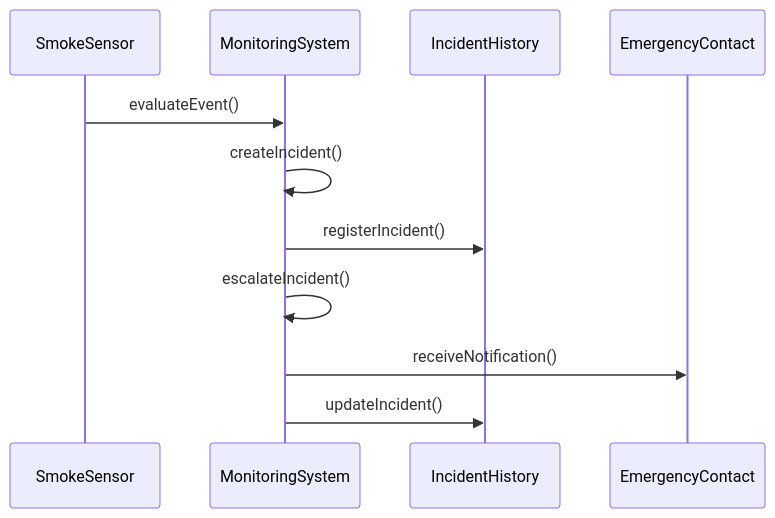
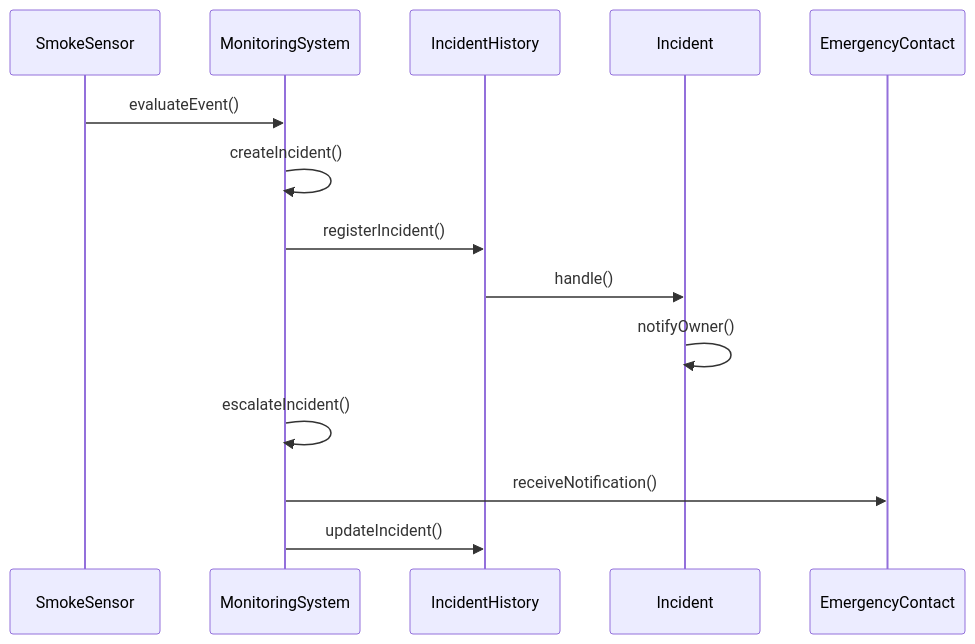
The diagram in project/diagrams/output/sequence-smoke_escalation-implemented.mmd (hytte-monitoring/hytte-monitoring.github.io), drawn with Mermaid before and after one commit. The commit also changed 19 other files, not shown here.

Commit message:
Add Incident severity, viewHistory and a history limit

```diff
--- a/project/diagrams/output/sequence-smoke_escalation-implemented.mmd
+++ b/project/diagrams/output/sequence-smoke_escalation-implemented.mmd
@@ -1,14 +1,17 @@
 %% GENERATED by tools/verify.py -- do not edit; edit impl/scenarios/smoke_escalation.cpp instead.
 %% The scenario as implemented: the calls recorded while it ran. No AI produced this file.
 %% The scenario smoke_escalation.
 sequenceDiagram
     participant SmokeSensor
     participant MonitoringSystem
     participant IncidentHistory
+    participant Incident
     participant EmergencyContact
     SmokeSensor->>MonitoringSystem: evaluateEvent()
     MonitoringSystem->>MonitoringSystem: createIncident()
     MonitoringSystem->>IncidentHistory: registerIncident()
+    IncidentHistory->>Incident: handle()
+    Incident->>Incident: notifyOwner()
     MonitoringSystem->>MonitoringSystem: escalateIncident()
     MonitoringSystem->>EmergencyContact: receiveNotification()
     MonitoringSystem->>IncidentHistory: updateIncident()
```
